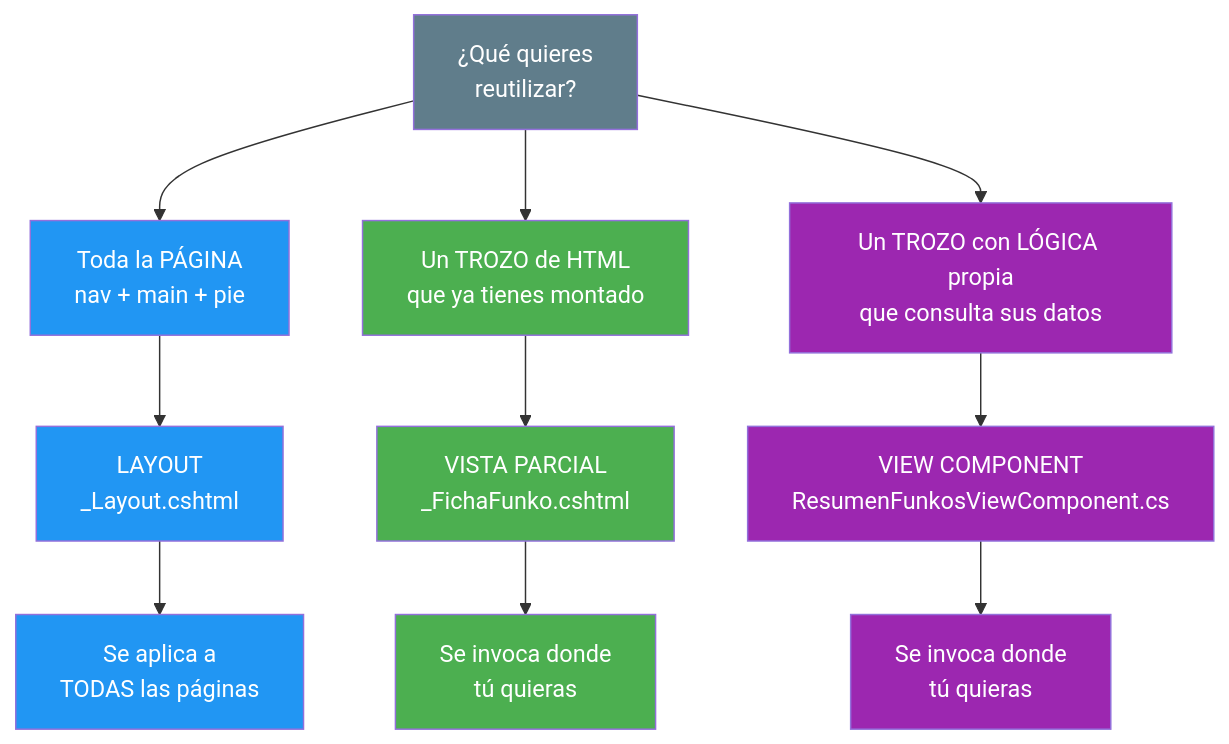
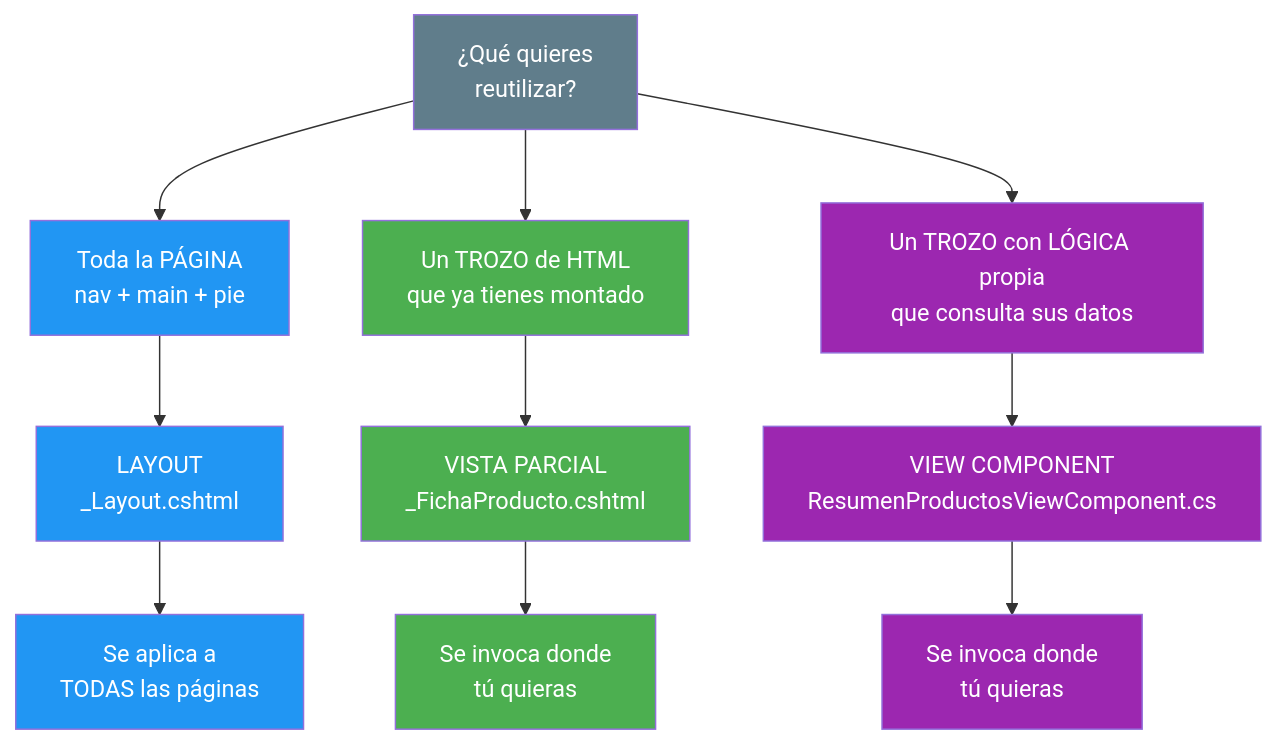
The first of 5 diagrams in 05-layouts-partials-componentes.md (joseluisgs/DesarrolloWebEntornosServidor-03-2026-2027), drawn with Mermaid before and after one commit. The commit also changed other lines of this file, not shown here.

Commit message:
fix: revisar 05 segun el esquema de UD02: Resumen sin diagrama, estilo de redaccion y Productos fuera del Reto

````diff
--- a/05-layouts-partials-componentes.md
+++ b/05-layouts-partials-componentes.md
@@ -89,25 +91,25 @@
 ```mermaid
 graph TD
     A["¿Qué quieres<br/>reutilizar?"] --> B["Toda la PÁGINA<br/>nav + main + pie"]
     A --> C["Un TROZO de HTML<br/>que ya tienes montado"]
     A --> D["Un TROZO con LÓGICA propia<br/>que consulta sus datos"]
 
     B --> B1["LAYOUT<br/>_Layout.cshtml"]
-    C --> C1["VISTA PARCIAL<br/>_FichaFunko.cshtml"]
-    D --> D1["VIEW COMPONENT<br/>ResumenFunkosViewComponent.cs"]
+    C --> C1["VISTA PARCIAL<br/>_FichaProducto.cshtml"]
+    D --> D1["VIEW COMPONENT<br/>ResumenProductosViewComponent.cs"]
 
     B1 --> E["Se aplica a<br/>TODAS las páginas"]
     C1 --> F["Se invoca donde<br/>tú quieras"]
     D1 --> G["Se invoca donde<br/>tú quieras"]
 
     style A fill:#607D8B,color:#fff
     style B fill:#2196F3,color:#fff
     style C fill:#4CAF50,color:#fff
     style D fill:#9C27B0,color:#fff
     style B1 fill:#2196F3,color:#fff
     style C1 fill:#4CAF50,color:#fff
     style D1 fill:#9C27B0,color:#fff
     style E fill:#2196F3,color:#fff
     style F fill:#4CAF50,color:#fff
     style G fill:#9C27B0,color:#fff
 ```
````
